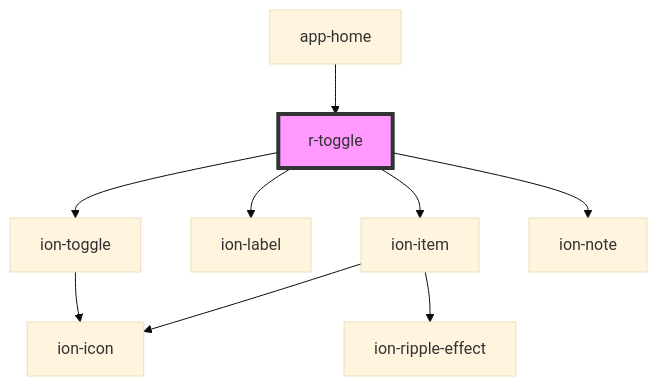
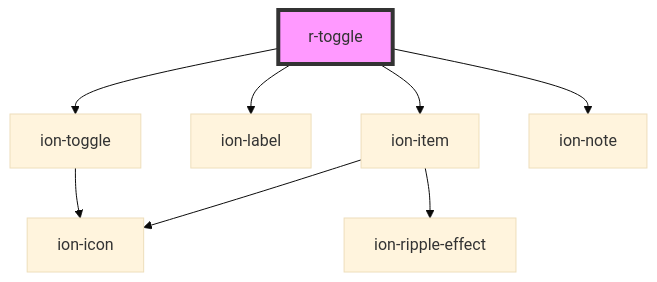
One commit to refactico/design-system changed the diagram in src/components/r-toggle/readme.md. Above: the diagram before and after it, drawn with Mermaid (base theme). The commit also changed other lines of this file and 27 other files, not shown here.

First line of the commit message:
chore: update component dependencies and documentation for app-home

````diff
--- a/src/components/r-toggle/readme.md
+++ b/src/components/r-toggle/readme.md
@@ -54,12 +50,11 @@
 ```mermaid
 graph TD;
   r-toggle --> ion-item
   r-toggle --> ion-label
   r-toggle --> ion-toggle
   r-toggle --> ion-note
   ion-item --> ion-icon
   ion-item --> ion-ripple-effect
   ion-toggle --> ion-icon
-  app-home --> r-toggle
   style r-toggle fill:#f9f,stroke:#333,stroke-width:4px
 ```
````
